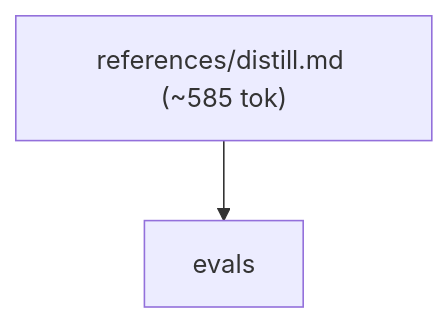
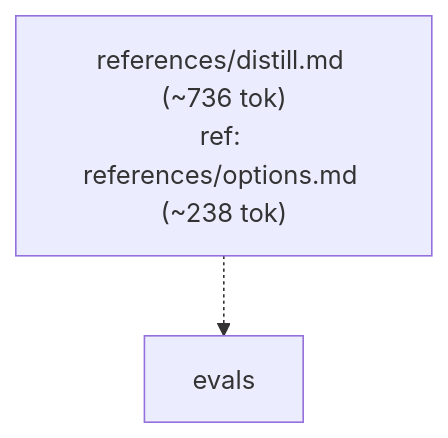
Before and after one commit to alecegg/varde: the fourth of 9 diagrams in skills/varde-learn/FLOW.md, drawn with Mermaid. The commit also changed other lines of this file and 1293 other files, not shown here.

````diff
--- a/skills/varde-learn/FLOW.md
+++ b/skills/varde-learn/FLOW.md
@@ -60,6 +71,6 @@
 ```mermaid
 flowchart TD
-  n0["references/distill.md (~585 tok)"]
+  n0["references/distill.md (~736 tok)<br/>ref: references/options.md (~238 tok)"]
   n1["evals"]
-  n0 --> n1
+  n0 -.-> n1
 ```
````
